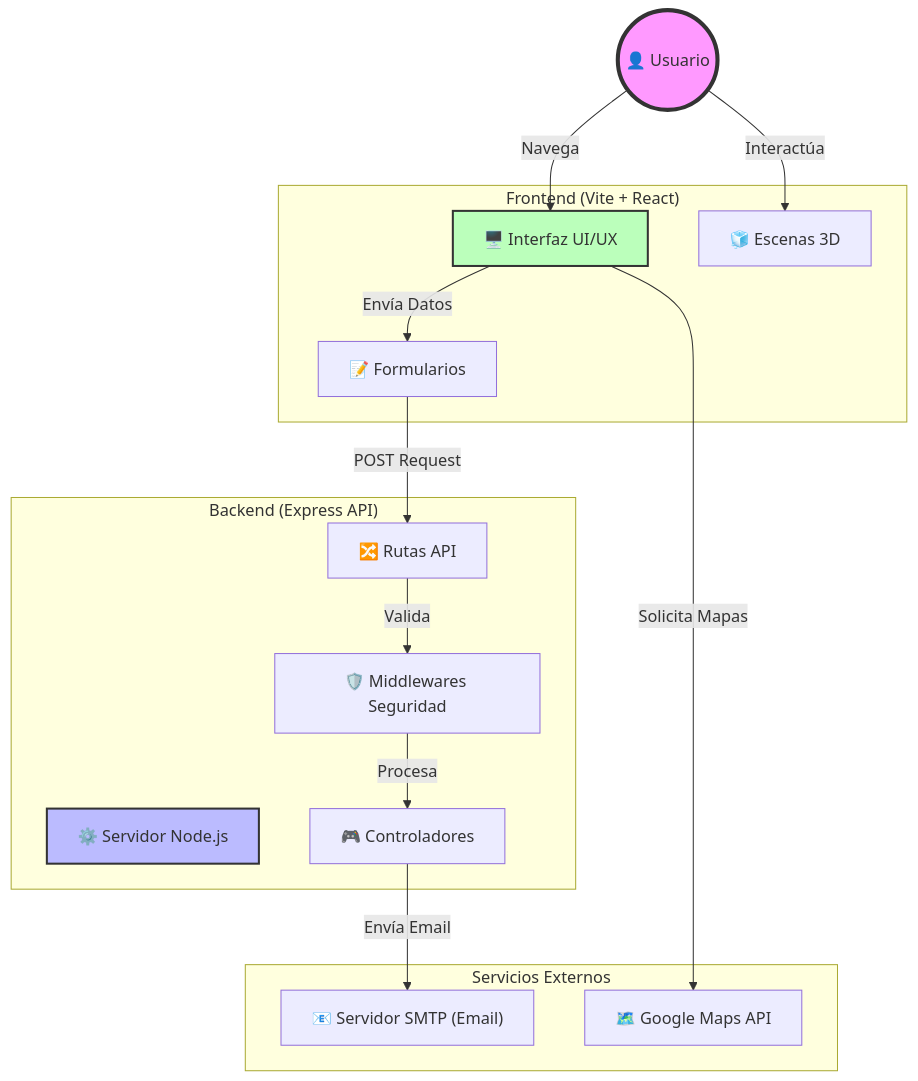
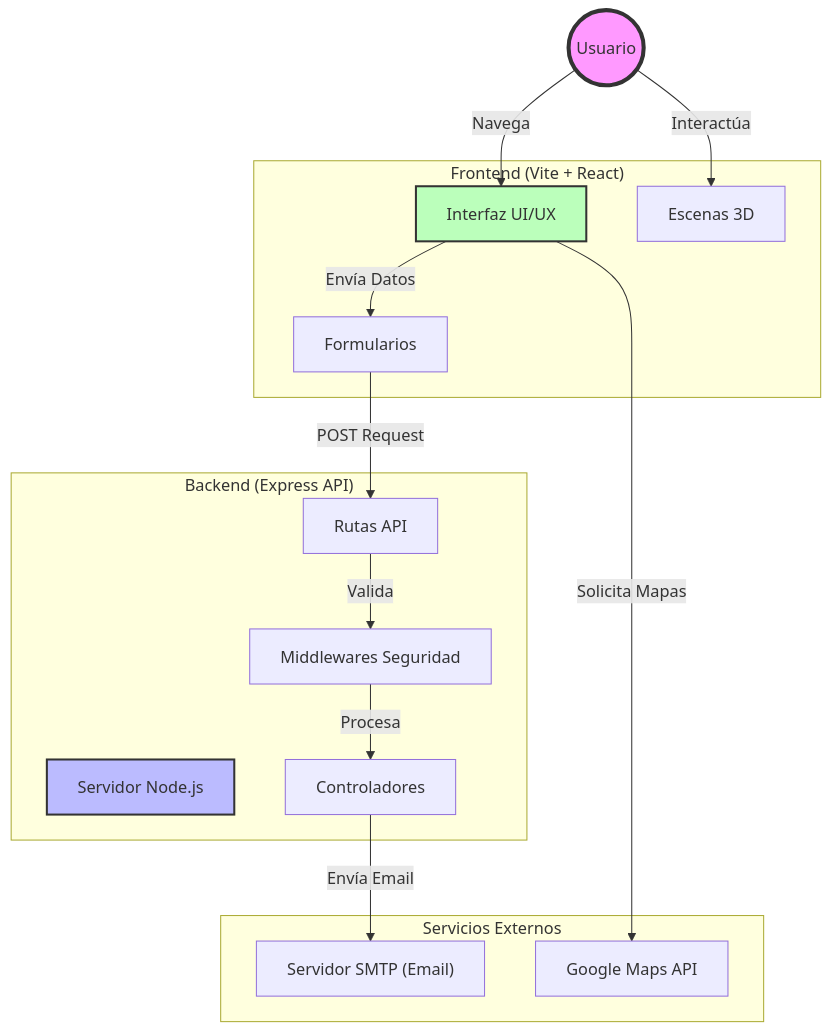
One commit to bmontes93/Web-Agencia changed the diagram in README.md. Above: the diagram before and after it, drawn with Mermaid.

Commit message:
Fix formatting and text in README diagram

````diff
--- a/README.md
+++ b/README.md
@@ -28,34 +28,34 @@
 ```mermaid
 graph TD
-    User(("👤 Usuario"))
+    User((" Usuario"))
     subgraph "Frontend (Vite + React)"
-        UI["🖥️ Interfaz UI/UX"]
-        Forms["📝 Formularios"]
-        Three["🧊 Escenas 3D"]
+        UI[" Interfaz UI/UX"]
+        Forms[" Formularios"]
+        Three[" Escenas 3D"]
     end
 
     subgraph "Backend (Express API)"
-        Server["⚙️ Servidor Node.js"]
-        Router["🔀 Rutas API"]
-        Controller["🎮 Controladores"]
-        Security["🛡️ Middlewares Seguridad"]
+        Server[" Servidor Node.js"]
+        Router[" Rutas API"]
+        Controller[" Controladores"]
+        Security[" Middlewares Seguridad"]
     end
 
     subgraph "Servicios Externos"
-        SMTP["📧 Servidor SMTP (Email)"]
-        Maps["🗺️ Google Maps API"]
+        SMTP[" Servidor SMTP (Email)"]
+        Maps[" Google Maps API"]
     end
 
     User -->|Navega| UI
     User -->|Interactúa| Three
     UI -->|Envía Datos| Forms
     Forms -->|POST Request| Router
     Router -->|Valida| Security
     Security -->|Procesa| Controller
     Controller -->|Envía Email| SMTP
     UI -->|Solicita Mapas| Maps
 
     style User fill:#f9f,stroke:#333,stroke-width:4px
     style Server fill:#bbf,stroke:#333,stroke-width:2px
     style UI fill:#bfb,stroke:#333,stroke-width:2px
 ```
````
